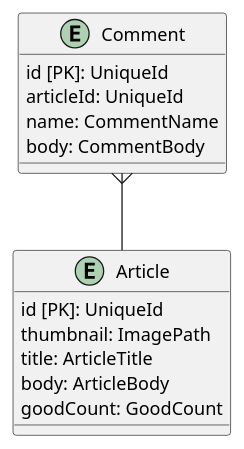
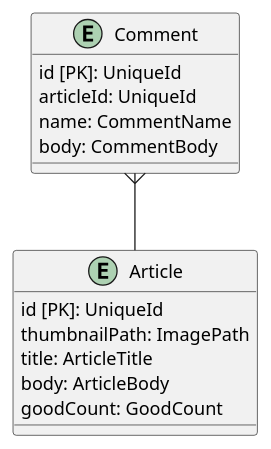
Before and after one commit to Wansuko-cmd/blog-backend: the diagram in puml/domain.puml, drawn with PlantUML. The commit also changed 18 other files, not shown here.

```diff
--- a/puml/domain.puml
+++ b/puml/domain.puml
@@ -1,20 +1,20 @@
 @startuml
 'https://plantuml.com/class-diagram
 
 entity "Article"  {
     id [PK]: UniqueId
-    thumbnail: ImagePath
+    thumbnailPath: ImagePath
     title: ArticleTitle
     body: ArticleBody
     goodCount: GoodCount
 }
 
 entity "Comment" {
     id [PK]: UniqueId
     articleId: UniqueId
     name: CommentName
     body: CommentBody
 }
 Comment }-- Article
 
 @enduml
```
